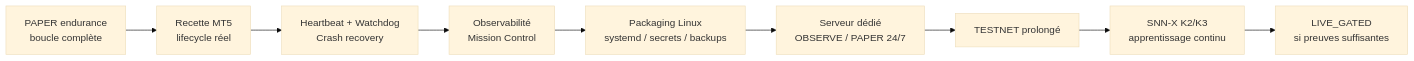
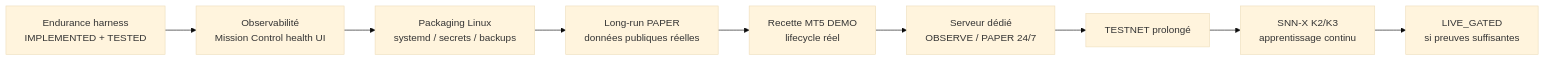
Before and after one commit to Monoru1/Alladin: the third of 3 diagrams in docs/AUTONOMY_PROGRESS.md, drawn with Mermaid (base theme). The commit also changed other lines of this file, not shown here.

Commit message:
docs: sync autonomy progress with health and endurance checkpoints

````diff
--- a/docs/AUTONOMY_PROGRESS.md
+++ b/docs/AUTONOMY_PROGRESS.md
@@ -85,11 +85,11 @@
 ```mermaid
 flowchart LR
-    A["PAPER endurance<br/>boucle complète"] --> B["Recette MT5<br/>lifecycle réel"]
-    B --> C["Heartbeat + Watchdog<br/>Crash recovery"]
-    C --> D["Observabilité<br/>Mission Control"]
-    D --> E["Packaging Linux<br/>systemd / secrets / backups"]
+    A["Endurance harness<br/>IMPLEMENTED + TESTED"] --> B["Observabilité<br/>Mission Control health UI"]
+    B --> C["Packaging Linux<br/>systemd / secrets / backups"]
+    C --> D["Long-run PAPER<br/>données publiques réelles"]
+    D --> E["Recette MT5 DEMO<br/>lifecycle réel"]
     E --> F["Serveur dédié<br/>OBSERVE / PAPER 24/7"]
     F --> G["TESTNET prolongé"]
     G --> H["SNN-X K2/K3<br/>apprentissage continu"]
     H --> I["LIVE_GATED<br/>si preuves suffisantes"]
 ```
````
